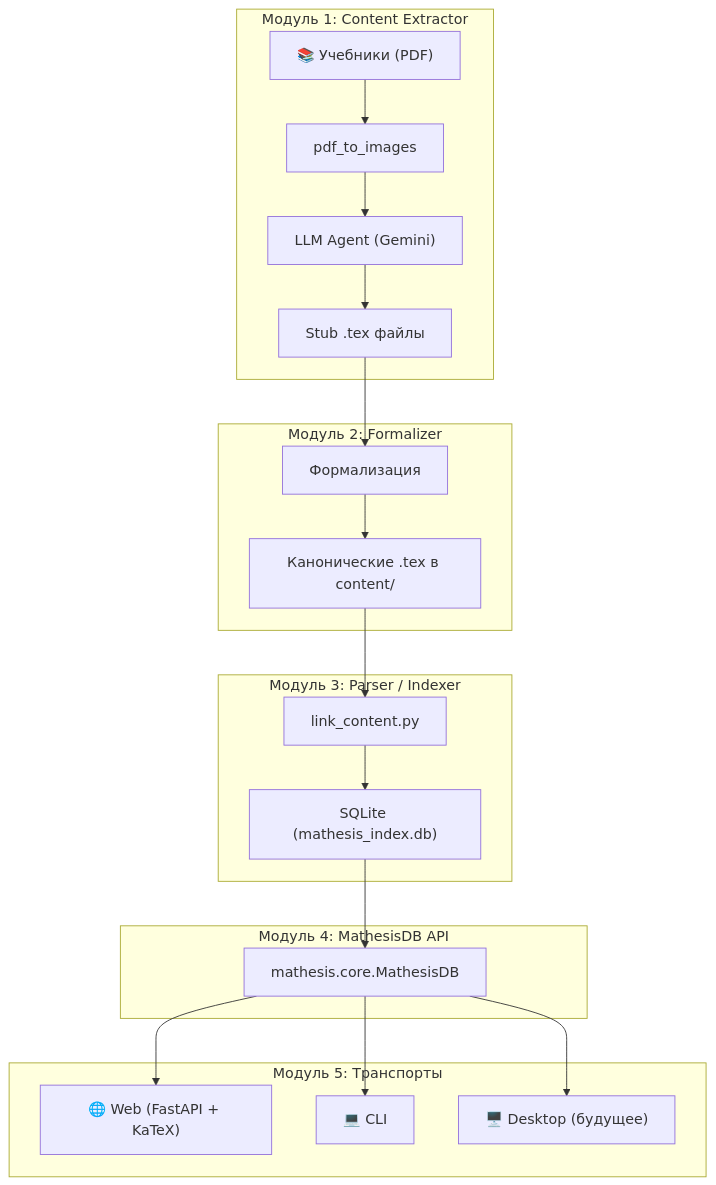
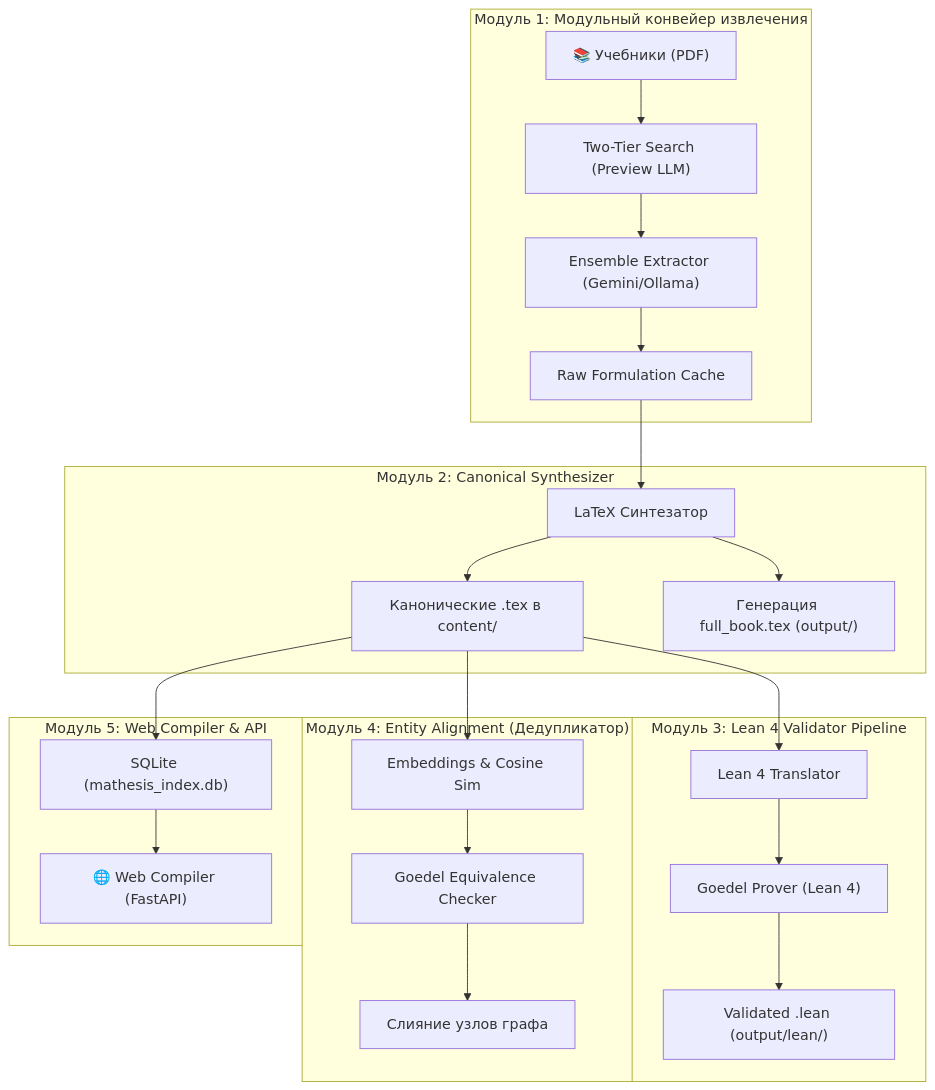
The diagram in docs/architecture/overview.md (Mariko-Kai/Toolset-for-building-semantic-networks-from-provided-sources), drawn with Mermaid before and after one commit. The commit also changed other lines of this file and 328 other files, not shown here.

Commit message:
feat: expand math documentation content, implement build pipeline, and add site architecture documentation

````diff
--- a/docs/architecture/overview.md
+++ b/docs/architecture/overview.md
@@ -19,28 +18,31 @@
 ```mermaid
 graph TB
-    subgraph "Модуль 1: Content Extractor"
-        A["📚 Учебники (PDF)"] --> B["pdf_to_images"]
-        B --> C["LLM Agent (Gemini)"]
-        C --> D["Stub .tex файлы"]
+    subgraph "Модуль 1: Модульный конвейер извлечения"
+        A["📚 Учебники (PDF)"] --> B["Two-Tier Search (Preview LLM)"]
+        B --> C["Ensemble Extractor (Gemini/Ollama)"]
+        C --> D["Raw Formulation Cache"]
     end
 
-    subgraph "Модуль 2: Formalizer"
-        D --> E["Формализация"]
+    subgraph "Модуль 2: Canonical Synthesizer"
+        D --> E["LaTeX Синтезатор"]
         E --> F["Канонические .tex в content/"]
+        E --> G["Генерация full_book.tex (output/)"]
     end
 
-    subgraph "Модуль 3: Parser / Indexer"
-        F --> G["link_content.py"]
-        G --> H["SQLite (mathesis_index.db)"]
+    subgraph "Модуль 3: Lean 4 Validator Pipeline"
+        F --> H["Lean 4 Translator"]
+        H --> I["Goedel Prover (Lean 4)"]
+        I --> J["Validated .lean (output/lean/)"]
+    end
+    
+    subgraph "Модуль 4: Entity Alignment (Дедупликатор)"
+        F --> K["Embeddings & Cosine Sim"]
+        K --> L["Goedel Equivalence Checker"]
+        L --> M["Слияние узлов графа"]
     end
 
-    subgraph "Модуль 4: MathesisDB API"
-        H --> I["mathesis.core.MathesisDB"]
-    end
-
-    subgraph "Модуль 5: Транспорты"
-        I --> J["🌐 Web (FastAPI + KaTeX)"]
-        I --> K["💻 CLI"]
-        I --> L["🖥️ Desktop (будущее)"]
+    subgraph "Модуль 5: Web Compiler & API"
+        F --> N["SQLite (mathesis_index.db)"]
+        N --> O["🌐 Web Compiler (FastAPI)"]
     end
 ```
````
